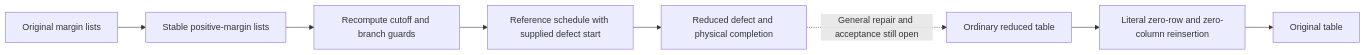
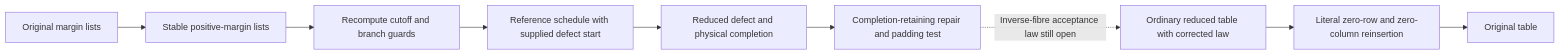
One commit to EcoDataLab/contingency-tables changed the diagram in docs/zero-margin-preprocessing.md. Above: the diagram before and after it, drawn with Mermaid. The commit also changed other lines of this file and 27 other files, not shown here.

Commit message:
Verify completion-retaining repair of the actual defect joint

````diff
--- a/docs/zero-margin-preprocessing.md
+++ b/docs/zero-margin-preprocessing.md
@@ -11,10 +13,11 @@
 ```mermaid
 flowchart LR
   A[Original margin lists] --> B[Stable positive-margin lists]
   B --> C[Recompute cutoff and branch guards]
   C --> D[Reference schedule with supplied defect start]
   D --> E[Reduced defect and physical completion]
-  E -. General repair and acceptance still open .-> F[Ordinary reduced table]
+  E --> R[Completion-retaining repair and padding test]
+  R -. Inverse-fibre acceptance law still open .-> F[Ordinary reduced table with corrected law]
   F --> G[Literal zero-row and zero-column reinsertion]
   G --> H[Original table]
 ```
````
